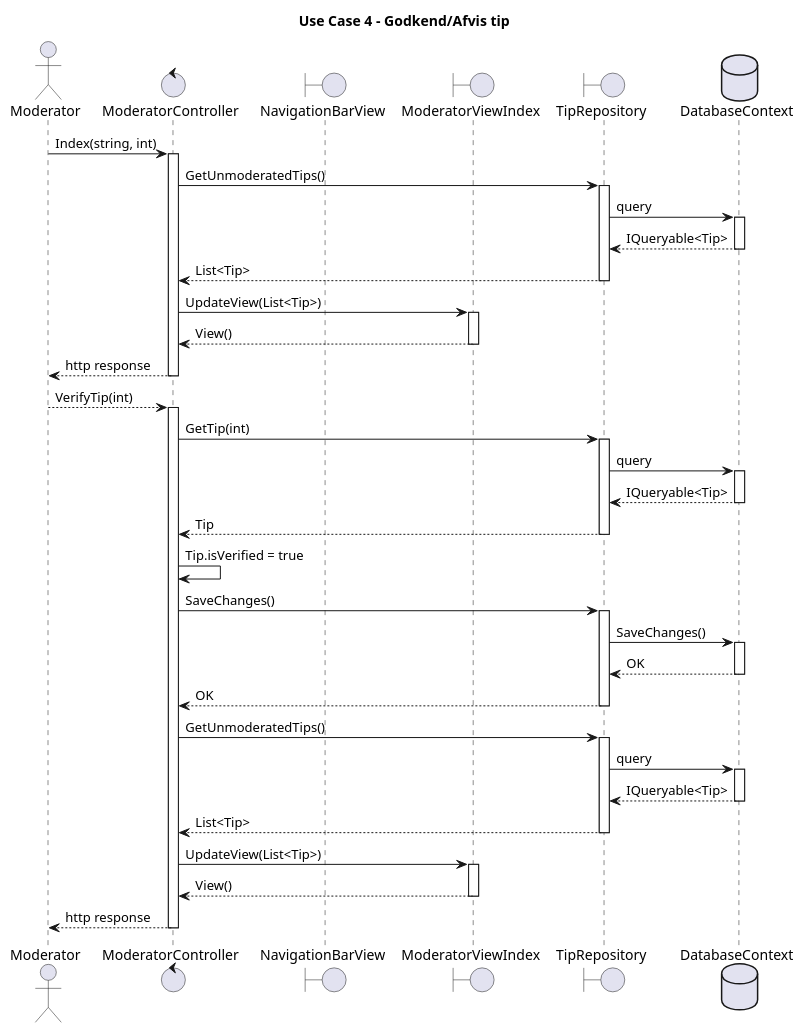
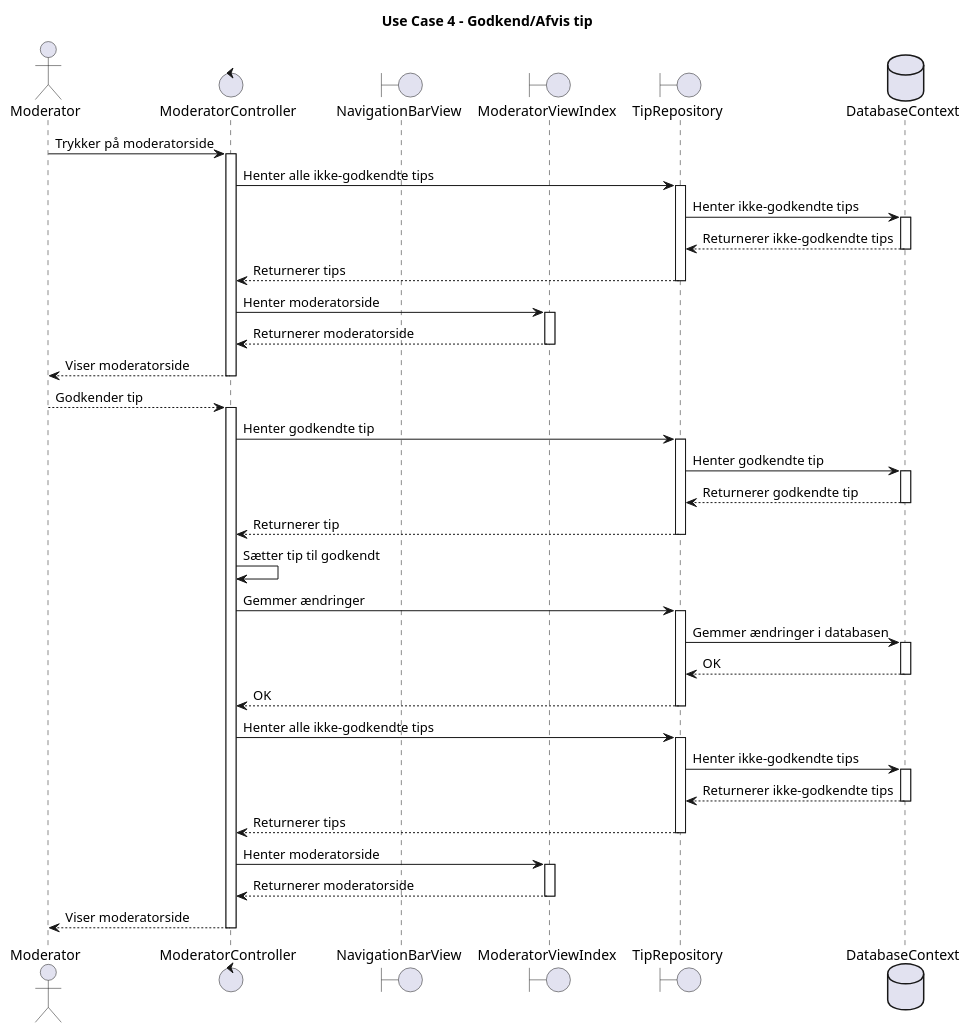
One commit to I4PRJ4/I4PRJ4-plantuml changed the diagram in plantuml/Sequence Diagrams/Arkitektur/UC4.puml. Above: the diagram before and after it, drawn with PlantUML.

```diff
--- a/plantuml/Sequence Diagrams/Arkitektur/UC4.puml
+++ b/plantuml/Sequence Diagrams/Arkitektur/UC4.puml
@@ -1,89 +1,89 @@
 @startuml
 
 title Use Case 4 - Godkend/Afvis tip
 
 actor       Moderator       as mod
 control       ModeratorController       as modcont
 boundary       NavigationBarView       as navbar
 boundary       ModeratorViewIndex       as modindex
 boundary       TipRepository       as tipsrepo
 database       DatabaseContext       as db
 
-mod -> modcont: Index(string, int)
+mod -> modcont: Trykker på moderatorside
 
 Activate modcont
-modcont -> tipsrepo: GetUnmoderatedTips()
+modcont -> tipsrepo: Henter alle ikke-godkendte tips
 
 Activate tipsrepo
-tipsrepo -> db: query
+tipsrepo -> db: Henter ikke-godkendte tips
 
 Activate db
-db --> tipsrepo: IQueryable<Tip>
+db --> tipsrepo: Returnerer ikke-godkendte tips
 Deactivate db
 
-tipsrepo --> modcont: List<Tip>
+tipsrepo --> modcont: Returnerer tips
 Deactivate tipsrepo
 
-modcont -> modindex: UpdateView(List<Tip>)
+modcont -> modindex: Henter moderatorside
 
 Activate modindex
-modindex --> modcont: View()
+modindex --> modcont: Returnerer moderatorside
 Deactivate modindex
 
-modcont --> mod: http response
+modcont --> mod: Viser moderatorside
 Deactivate modcont
 
 
-mod --> modcont: VerifyTip(int)
+mod --> modcont: Godkender tip
 
 Activate modcont
-modcont -> tipsrepo: GetTip(int)
+modcont -> tipsrepo: Henter godkendte tip
 
 Activate tipsrepo
-tipsrepo -> db: query
+tipsrepo -> db: Henter godkendte tip
 
 Activate db
-db --> tipsrepo: IQueryable<Tip>
+db --> tipsrepo: Returnerer godkendte tip
 Deactivate db
 
-tipsrepo --> modcont: Tip
+tipsrepo --> modcont: Returnerer tip
 Deactivate tipsrepo
 
-modcont -> modcont :Tip.isVerified = true
-modcont -> tipsrepo: SaveChanges()
+modcont -> modcont : Sætter tip til godkendt
+modcont -> tipsrepo: Gemmer ændringer
 
 Activate tipsrepo
-tipsrepo -> db: SaveChanges()
+tipsrepo -> db: Gemmer ændringer i databasen
 
 Activate db
 db --> tipsrepo: OK
 Deactivate db
 
 tipsrepo --> modcont: OK
 Deactivate tipsrepo
 
-modcont -> tipsrepo: GetUnmoderatedTips()
+modcont -> tipsrepo: Henter alle ikke-godkendte tips
 
 Activate tipsrepo
-tipsrepo -> db: query
+tipsrepo -> db: Henter ikke-godkendte tips
 
 Activate db
-db --> tipsrepo: IQueryable<Tip>
+db --> tipsrepo: Returnerer ikke-godkendte tips
 Deactivate db
 
-tipsrepo --> modcont: List<Tip>
+tipsrepo --> modcont: Returnerer tips
 Deactivate tipsrepo
 
-modcont -> modindex: UpdateView(List<Tip>)
+modcont -> modindex: Henter moderatorside
 
 Activate modindex
-modindex --> modcont: View()
+modindex --> modcont: Returnerer moderatorside
 Deactivate modindex
 
-modcont --> mod: http response
+modcont --> mod: Viser moderatorside
 Deactivate modcont
 
 
 
 
 @enduml
```
